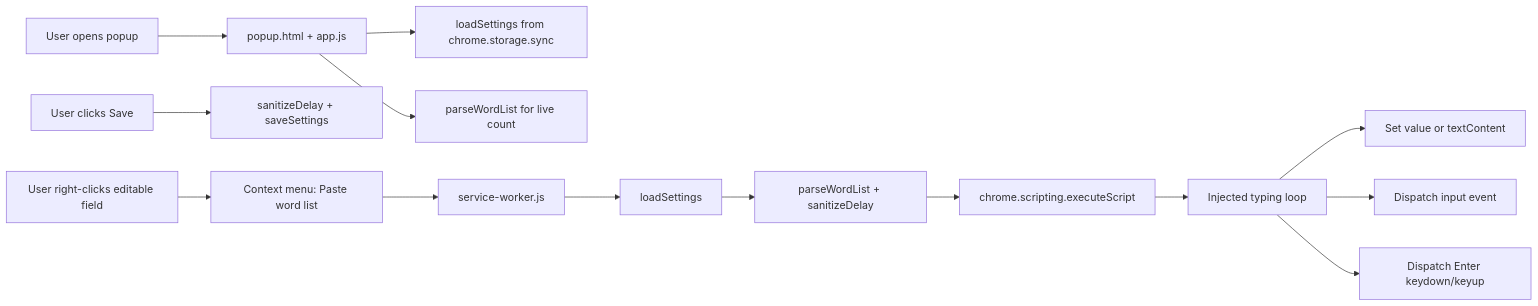
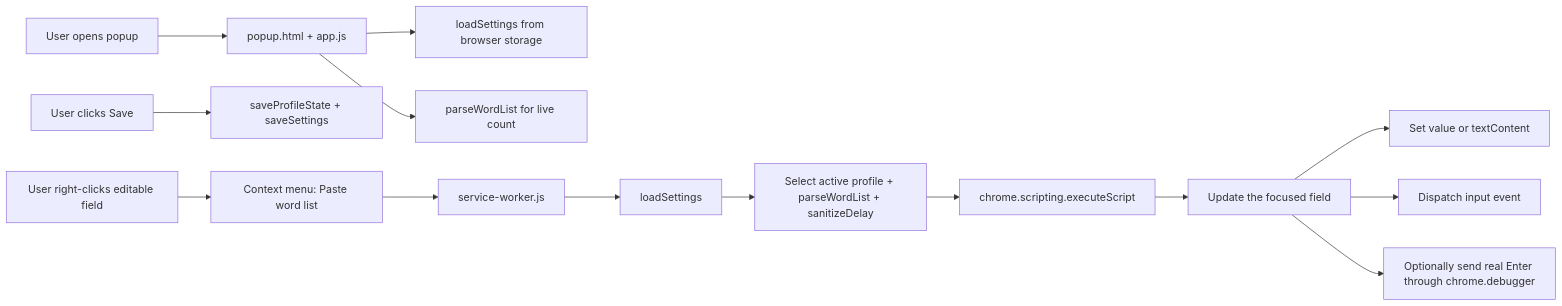
One commit to Chrome-Extensions-labs/multi-line-auto-typer changed the diagram in README.md. Above: the diagram before and after it, drawn with Mermaid. The commit also changed other lines of this file and 9 other files, not shown here.

````diff
--- a/README.md
+++ b/README.md
@@ -96,17 +99,17 @@
 ```mermaid
 flowchart LR
     U[User opens popup] --> P[popup.html + app.js]
-    P --> S1[loadSettings from chrome.storage.sync]
+    P --> S1[loadSettings from browser storage]
     P --> V[parseWordList for live count]
-    U2[User clicks Save] --> P2[sanitizeDelay + saveSettings]
+    U2[User clicks Save] --> P2[saveProfileState + saveSettings]
 
     R[User right-clicks editable field] --> CM[Context menu: Paste word list]
     CM --> BG[service-worker.js]
     BG --> S2[loadSettings]
-    S2 --> L[parseWordList + sanitizeDelay]
+    S2 --> L[Select active profile + parseWordList + sanitizeDelay]
     L --> INJ[chrome.scripting.executeScript]
-    INJ --> PAGE[Injected typing loop]
+    INJ --> PAGE[Update the focused field]
     PAGE --> E1[Set value or textContent]
     PAGE --> E2[Dispatch input event]
-    PAGE --> E3[Dispatch Enter keydown/keyup]
+    PAGE --> E3[Optionally send real Enter through chrome.debugger]
 ```
````
